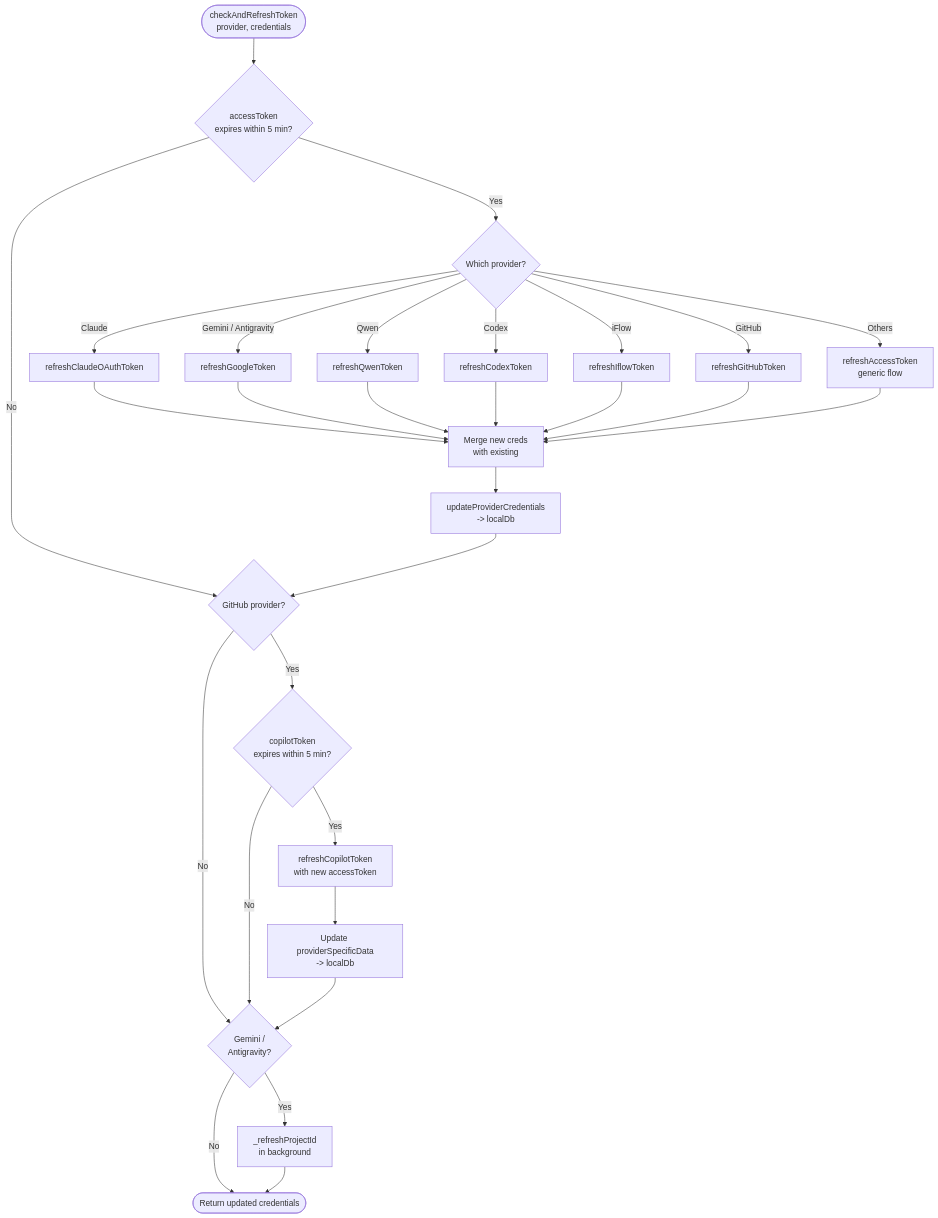
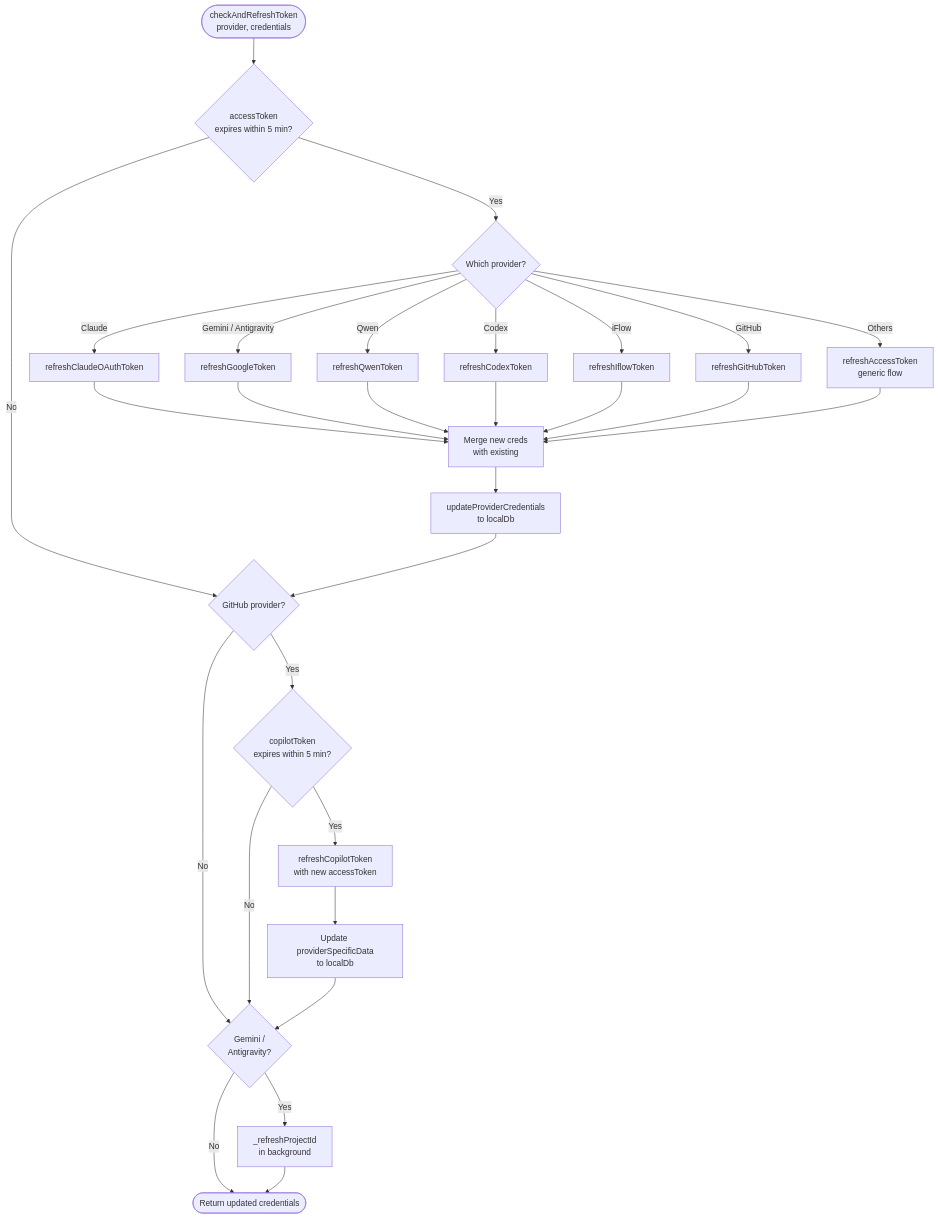
Before and after one commit to dt418/9router-docker: the seventh of 9 diagrams in docs/DIAGRAMS.md, drawn with Mermaid. The commit also changed other lines of this file and 4 other files, not shown here.

First line of the commit message:
feat: update mermaid validation with @probelabs/maid

````diff
--- a/docs/DIAGRAMS.md
+++ b/docs/DIAGRAMS.md
@@ -367,31 +367,31 @@
 ```mermaid
 flowchart TD
     START([checkAndRefreshToken<br>provider, credentials]) --> EXPCHECK{accessToken<br>expires within 5 min?}
 
     EXPCHECK -->|No| COPILOT{GitHub provider?}
     EXPCHECK -->|Yes| WHICH{Which provider?}
 
     WHICH -->|Claude| RC[refreshClaudeOAuthToken]
     WHICH -->|Gemini / Antigravity| RG[refreshGoogleToken]
     WHICH -->|Qwen| RQ[refreshQwenToken]
     WHICH -->|Codex| RCX[refreshCodexToken]
     WHICH -->|iFlow| RI[refreshIflowToken]
     WHICH -->|GitHub| RGH[refreshGitHubToken]
     WHICH -->|Others| RA[refreshAccessToken<br>generic flow]
 
     RC & RG & RQ & RCX & RI & RGH & RA --> MERGE[Merge new creds<br>with existing]
-    MERGE --> PERSIST[updateProviderCredentials<br>-> localDb]
+    MERGE --> PERSIST[updateProviderCredentials<br>to localDb]
     PERSIST --> COPILOT
 
     COPILOT -->|Yes| COPEXP{copilotToken<br>expires within 5 min?}
     COPILOT -->|No| GEMCHECK{Gemini /<br>Antigravity?}
 
     COPEXP -->|Yes| RCOP[refreshCopilotToken<br>with new accessToken]
-    RCOP --> PERSIST2[Update providerSpecificData<br>-> localDb]
+    RCOP --> PERSIST2[Update providerSpecificData<br>to localDb]
     COPEXP -->|No| GEMCHECK
 
     PERSIST2 --> GEMCHECK
     GEMCHECK -->|Yes| PROJID[_refreshProjectId<br>in background]
     GEMCHECK -->|No| DONE([Return updated credentials])
     PROJID --> DONE
 ```
````
